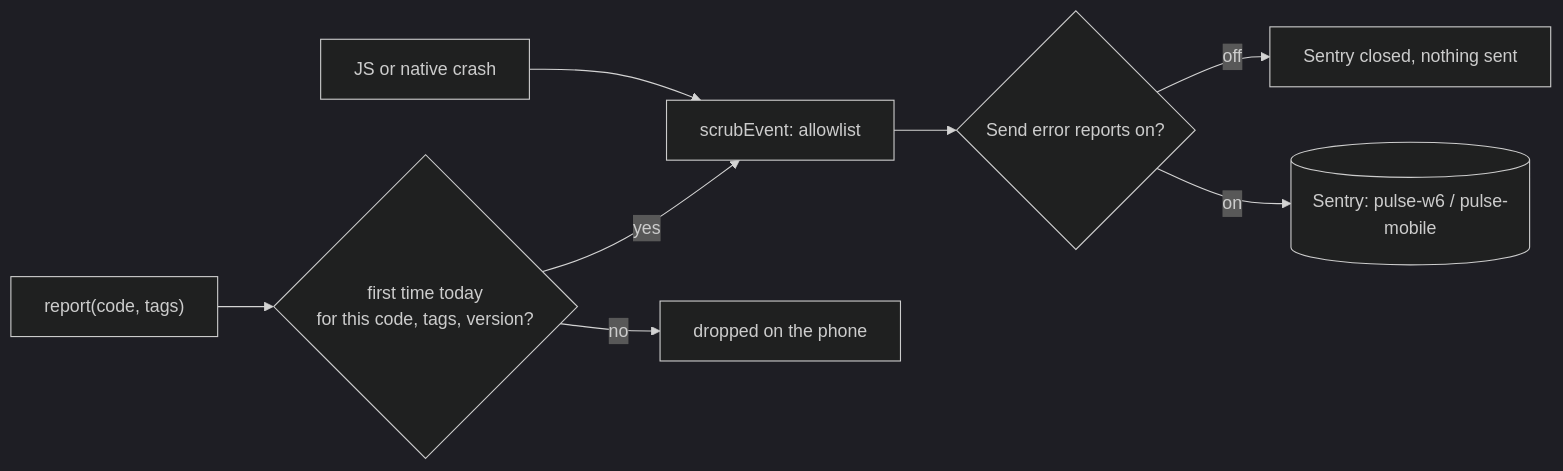
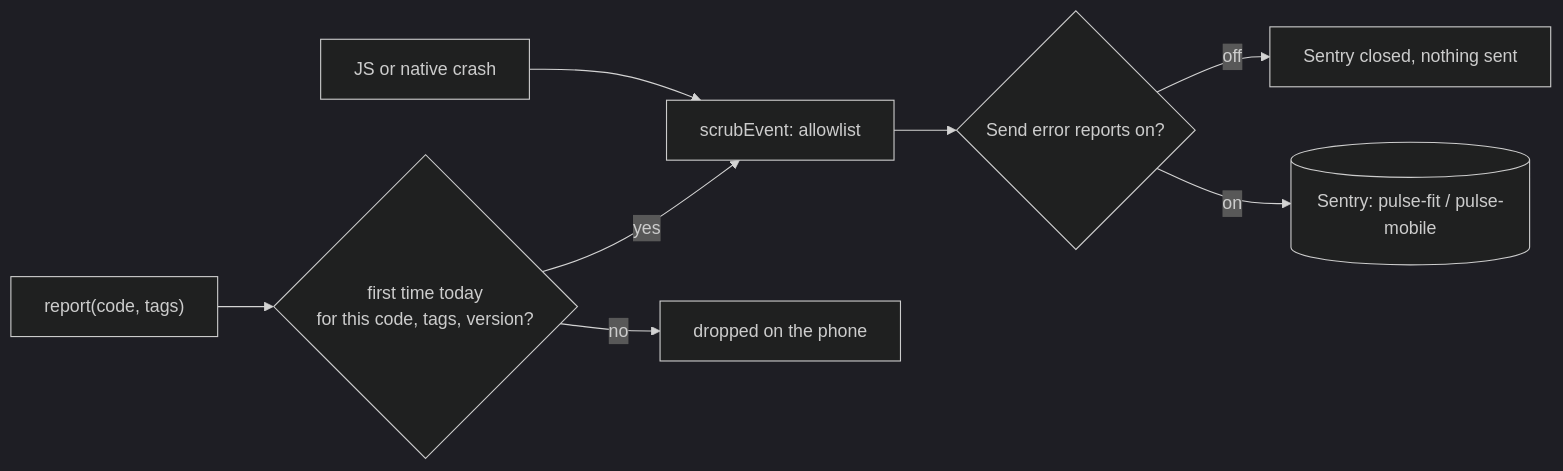
One commit to adityaongit/pulse-mobile changed the diagram in docs/telemetry.md. Above: the diagram before and after it, drawn with Mermaid (dark theme). The commit also changed other lines of this file and 2 other files, not shown here.

First line of the commit message:
chore(telemetry): use the renamed Sentry org slug, pulse-fit

````diff
--- a/docs/telemetry.md
+++ b/docs/telemetry.md
@@ -10,10 +10,10 @@
 ```mermaid
 flowchart LR
   Crash[JS or native crash] --> Scrub
   Code["report(code, tags)"] --> Once{first time today<br>for this code, tags, version?}
   Once -->|yes| Scrub[scrubEvent: allowlist]
   Once -->|no| Drop[dropped on the phone]
   Switch{Send error reports on?} -->|off| Closed[Sentry closed, nothing sent]
   Scrub --> Switch
-  Switch -->|on| Sentry[(Sentry: pulse-w6 / pulse-mobile)]
+  Switch -->|on| Sentry[(Sentry: pulse-fit / pulse-mobile)]
 ```
````
